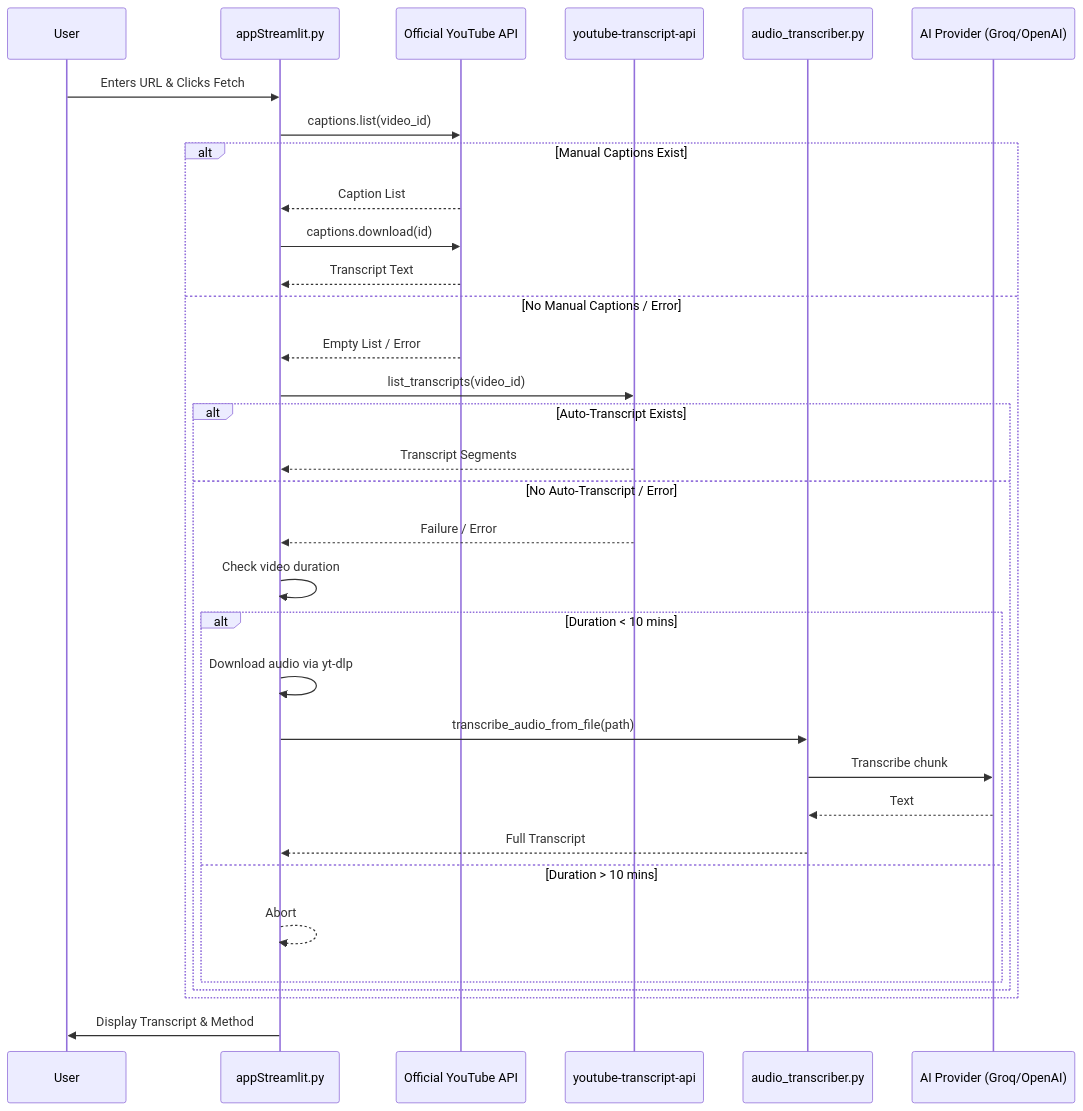
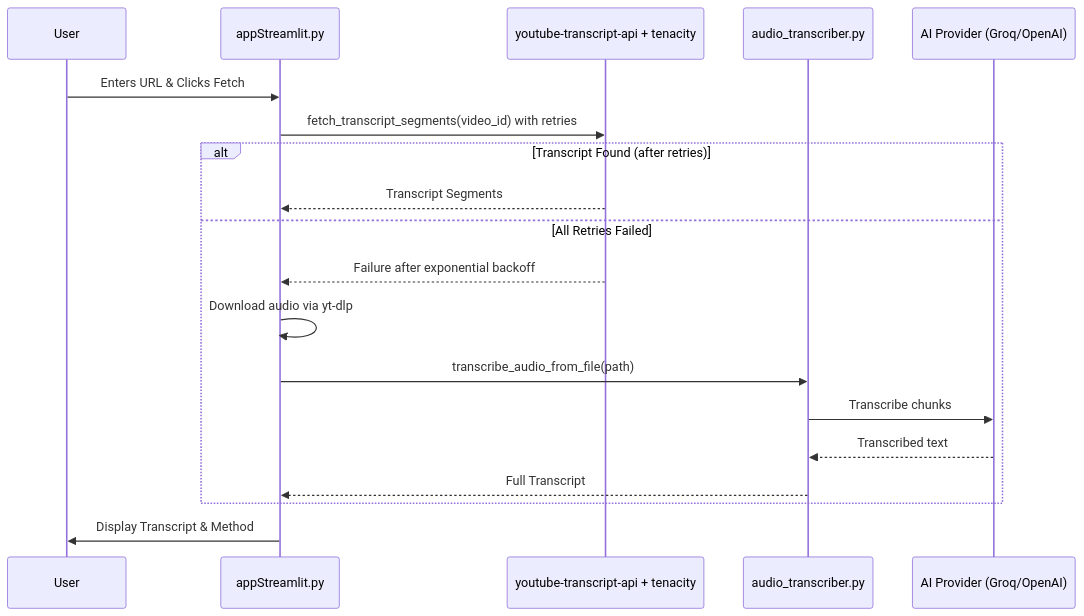
One commit to lliWcWill/ytFetch changed the second of 2 diagrams in docs/memory/architecture.md. Above: the diagram before and after it, drawn with Mermaid. The commit also changed other lines of this file and 9 other files, not shown here.

````diff
--- a/docs/memory/architecture.md
+++ b/docs/memory/architecture.md
@@ -61,35 +46,21 @@
 ```mermaid
 sequenceDiagram
     participant User
     participant App as appStreamlit.py
-    participant OfficialAPI as Official YouTube API
-    participant UnofficialAPI as youtube-transcript-api
+    participant UnofficialAPI as youtube-transcript-api + tenacity
     participant Transcriber as audio_transcriber.py
     participant AI as AI Provider (Groq/OpenAI)
     User->>App: Enters URL & Clicks Fetch
-    App->>OfficialAPI: captions.list(video_id)
-    alt Manual Captions Exist
-        OfficialAPI-->>App: Caption List
-        App->>OfficialAPI: captions.download(id)
-        OfficialAPI-->>App: Transcript Text
-    else No Manual Captions / Error
-        OfficialAPI-->>App: Empty List / Error
-        App->>UnofficialAPI: list_transcripts(video_id)
-        alt Auto-Transcript Exists
-            UnofficialAPI-->>App: Transcript Segments
-        else No Auto-Transcript / Error
-            UnofficialAPI-->>App: Failure / Error
-            App->>App: Check video duration
-            alt Duration < 10 mins
-                App->>App: Download audio via yt-dlp
-                App->>Transcriber: transcribe_audio_from_file(path)
-                Transcriber->>AI: Transcribe chunk
-                AI-->>Transcriber: Text
-                Transcriber-->>App: Full Transcript
-            else Duration > 10 mins
-                App-->>App: Abort
-            end
-        end
+    App->>UnofficialAPI: fetch_transcript_segments(video_id) with retries
+    alt Transcript Found (after retries)
+        UnofficialAPI-->>App: Transcript Segments
+    else All Retries Failed
+        UnofficialAPI-->>App: Failure after exponential backoff
+        App->>App: Download audio via yt-dlp
+        App->>Transcriber: transcribe_audio_from_file(path)
+        Transcriber->>AI: Transcribe chunks
+        AI-->>Transcriber: Transcribed text
+        Transcriber-->>App: Full Transcript
     end
     App->>User: Display Transcript & Method
 ```
````
